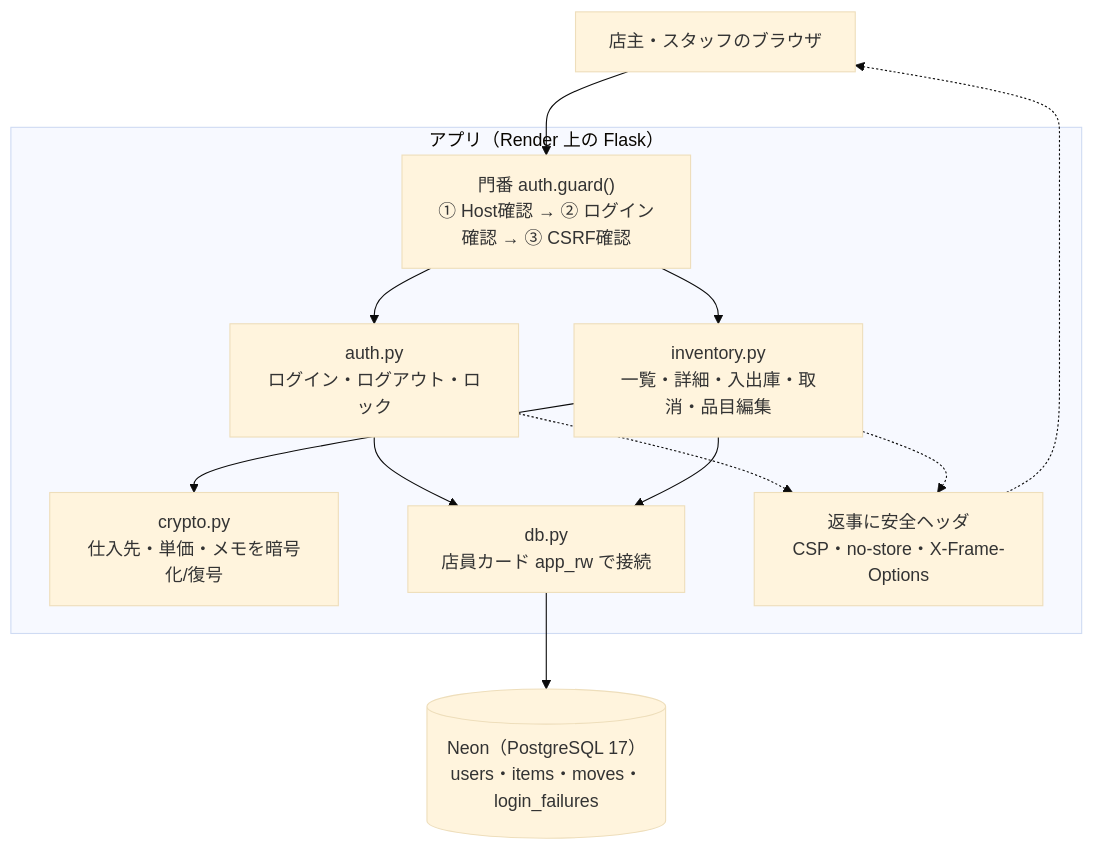
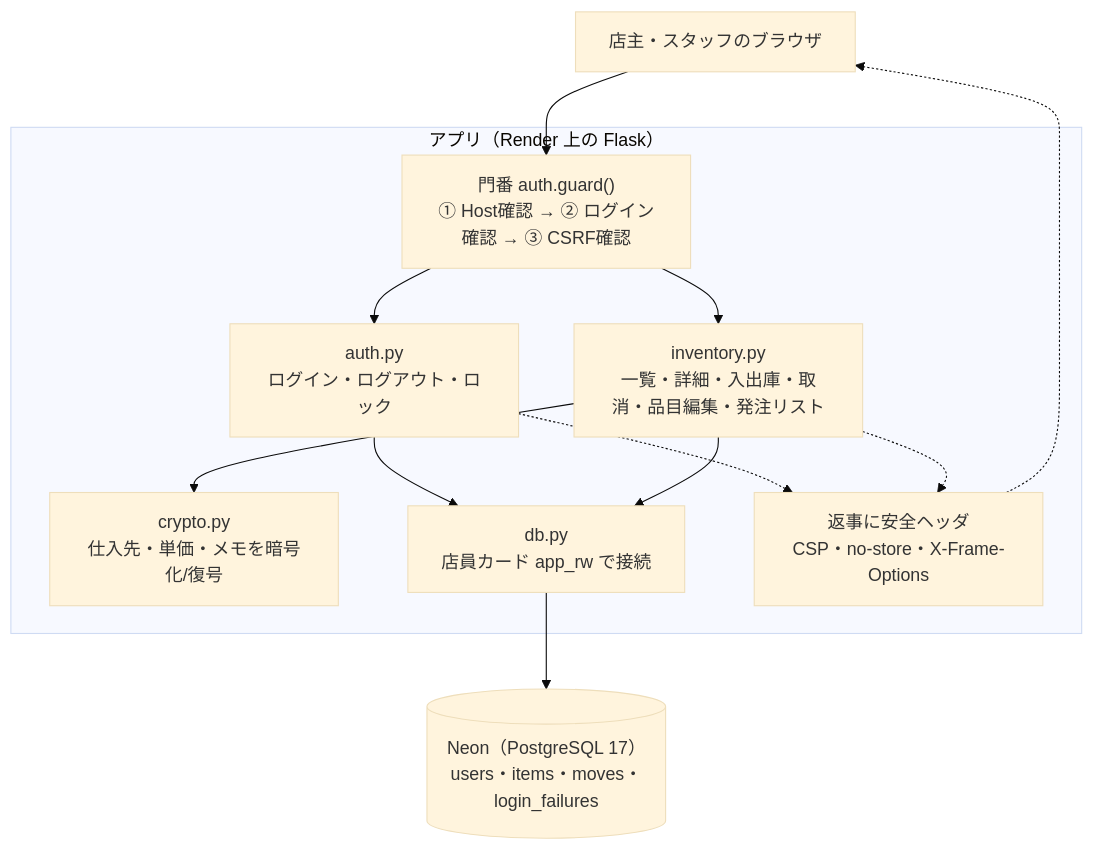
One commit to AchieveOn/20261103 changed the second of 2 diagrams in docs/ARCHITECTURE.md. Above: the diagram before and after it, drawn with Mermaid (base theme). The commit also changed other lines of this file and 7 other files, not shown here.

````diff
--- a/docs/ARCHITECTURE.md
+++ b/docs/ARCHITECTURE.md
@@ -115,24 +115,24 @@
 ```mermaid
 flowchart TB
   B["店主・スタッフのブラウザ"]
   subgraph APP["アプリ（Render 上の Flask）"]
     G["門番 auth.guard()<br/>① Host確認 → ② ログイン確認 → ③ CSRF確認"]
     A["auth.py<br/>ログイン・ログアウト・ロック"]
-    I["inventory.py<br/>一覧・詳細・入出庫・取消・品目編集"]
+    I["inventory.py<br/>一覧・詳細・入出庫・取消・品目編集・発注リスト"]
     C["crypto.py<br/>仕入先・単価・メモを暗号化/復号"]
     D["db.py<br/>店員カード app_rw で接続"]
     H["返事に安全ヘッダ<br/>CSP・no-store・X-Frame-Options"]
   end
   N[("Neon（PostgreSQL 17）<br/>users・items・moves・login_failures")]
 
   B --> G
   G --> A
   G --> I
   I --> C
   A --> D
   I --> D
   D --> N
   A -.-> H
   I -.-> H
   H -.-> B
 ```
````
